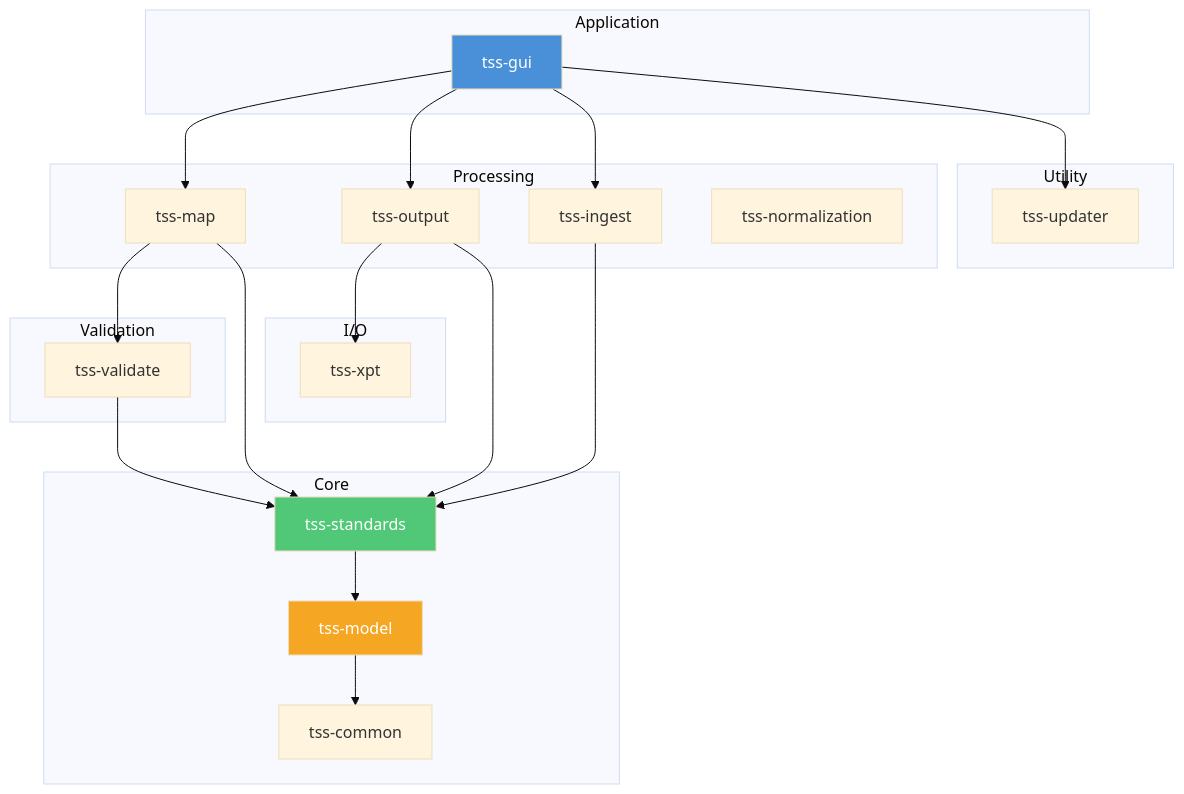
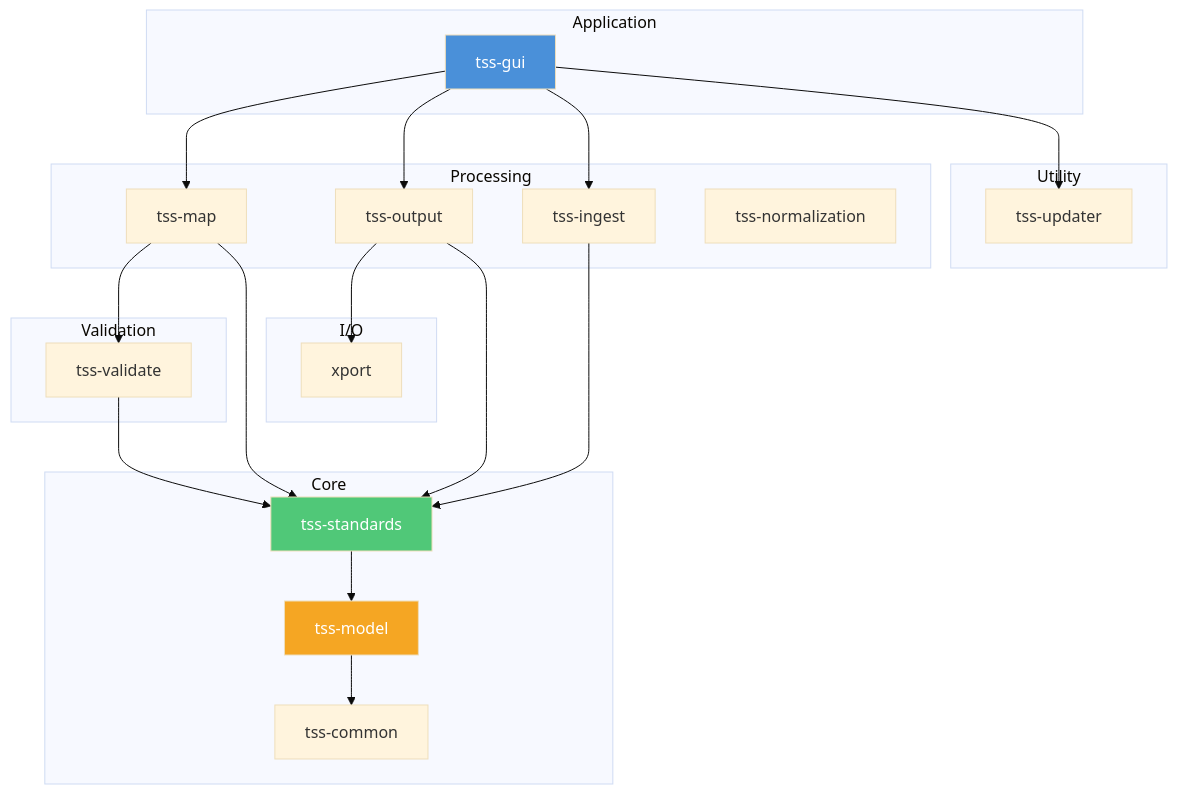
One commit to rubentalstra/Trial-Submission-Studio changed the first of 3 diagrams in docs/src/architecture/overview.md. Above: the diagram before and after it, drawn with Mermaid (base theme). The commit also changed other lines of this file and 64 other files, not shown here.

Commit message:
feat: rename tss-xpt to xport and update related references

````diff
--- a/docs/src/architecture/overview.md
+++ b/docs/src/architecture/overview.md
@@ -45,47 +45,47 @@
 ```mermaid
 flowchart TD
     subgraph Application
         GUI[tss-gui]
     end
 
     subgraph Processing
         MAP[tss-map]
         OUTPUT[tss-output]
         INGEST[tss-ingest]
         TRANSFORM[tss-normalization]
     end
 
     subgraph Validation
         VALIDATE[tss-validate]
     end
 
     subgraph I/O
-        XPT[tss-xpt]
+        XPT[xport]
     end
 
     subgraph Core
         STANDARDS[tss-standards]
         MODEL[tss-model]
         COMMON[tss-common]
     end
 
     subgraph Utility
         UPDATER[tss-updater]
     end
 
     GUI --> MAP
     GUI --> OUTPUT
     GUI --> INGEST
     GUI --> UPDATER
     MAP --> VALIDATE
     MAP --> STANDARDS
     OUTPUT --> XPT
     OUTPUT --> STANDARDS
     INGEST --> STANDARDS
     VALIDATE --> STANDARDS
     STANDARDS --> MODEL
     MODEL --> COMMON
     style GUI fill: #4a90d9, color: #fff
     style STANDARDS fill: #50c878, color: #fff
     style MODEL fill: #f5a623, color: #fff
 ```
````
